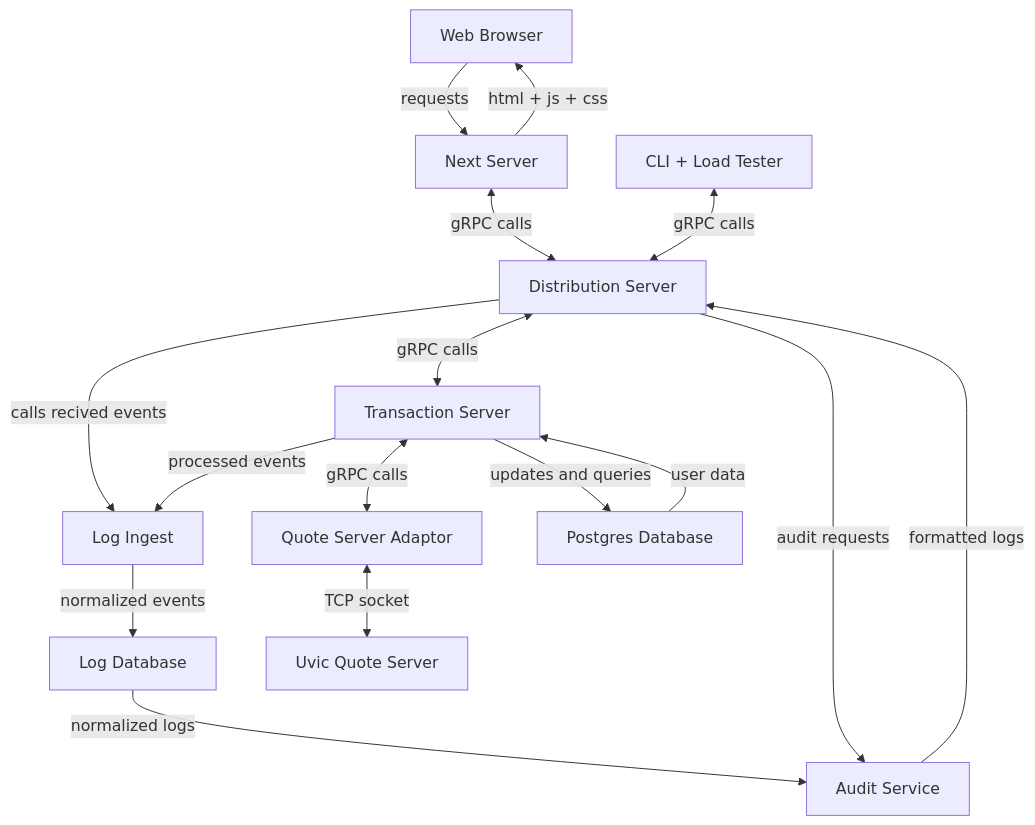
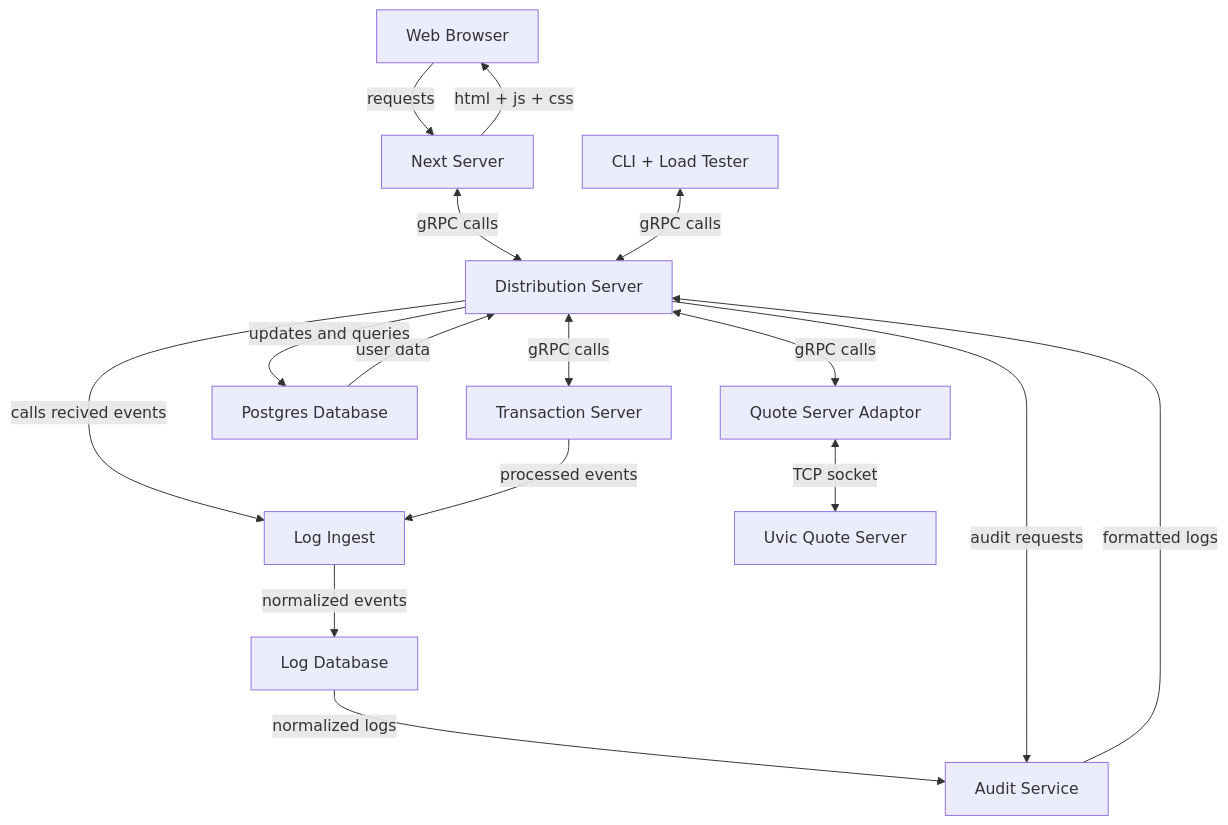
One commit to MarcusDunn/day-trader changed the diagram in README.md. Above: the diagram before and after it, drawn with Mermaid.

````diff
--- a/README.md
+++ b/README.md
@@ -6,19 +6,29 @@
 ```mermaid
 graph TD
-    A[Web Browser] -->|requests| B
-    B -->|html + js + css| A
-    B[Next Server] <-->|gRPC calls| C
-    L[CLI + Load Tester] <--> |gRPC calls| C
-    C[Distribution Server] <--> |gRPC calls| D
-    C --> |calls recived events| E
-    LogDB[Log Database] -->|normalized logs| F
-    E[Log Ingest] --> |normalized events| LogDB
-    F[Audit Service] -->|formatted logs| C
-    C --> |audit requests| F
-    D[Transaction Server] <-->|gRPC calls| QSA
-    D --> |processed events| E
-    DB[Postgres Database] --> |user data| D
-    D --> |updates and queries| DB
+    WebBrowser[Web Browser]
+    NextServer[Next Server]
+    CLI[CLI + Load Tester]
+    DistributionServer[Distribution Server]
+    LogDB[Log Database]
+    LogIngest[Log Ingest]
+    AuditService[Audit Service]
+    TransactionServer[Transaction Server]
+    DB[Postgres Database]
     UQS[Uvic Quote Server]
-    QSA[Quote Server Adaptor] <-->|TCP socket| UQS
+    QSA[Quote Server Adaptor]
+    WebBrowser -->|requests| NextServer
+    NextServer -->|html + js + css| WebBrowser
+    NextServer <-->|gRPC calls| DistributionServer
+    CLI <--> |gRPC calls| DistributionServer
+    DistributionServer <--> |gRPC calls| TransactionServer
+    DistributionServer --> |calls recived events| LogIngest
+    LogDB -->|normalized logs| AuditService
+    LogIngest --> |normalized events| LogDB
+    AuditService -->|formatted logs| DistributionServer
+    DistributionServer --> |audit requests| AuditService
+    DistributionServer <-->|gRPC calls| QSA
+    TransactionServer --> |processed events| LogIngest
+    DB --> |user data| DistributionServer
+    DistributionServer --> |updates and queries| DB
+    QSA <-->|TCP socket| UQS
 ```
````
